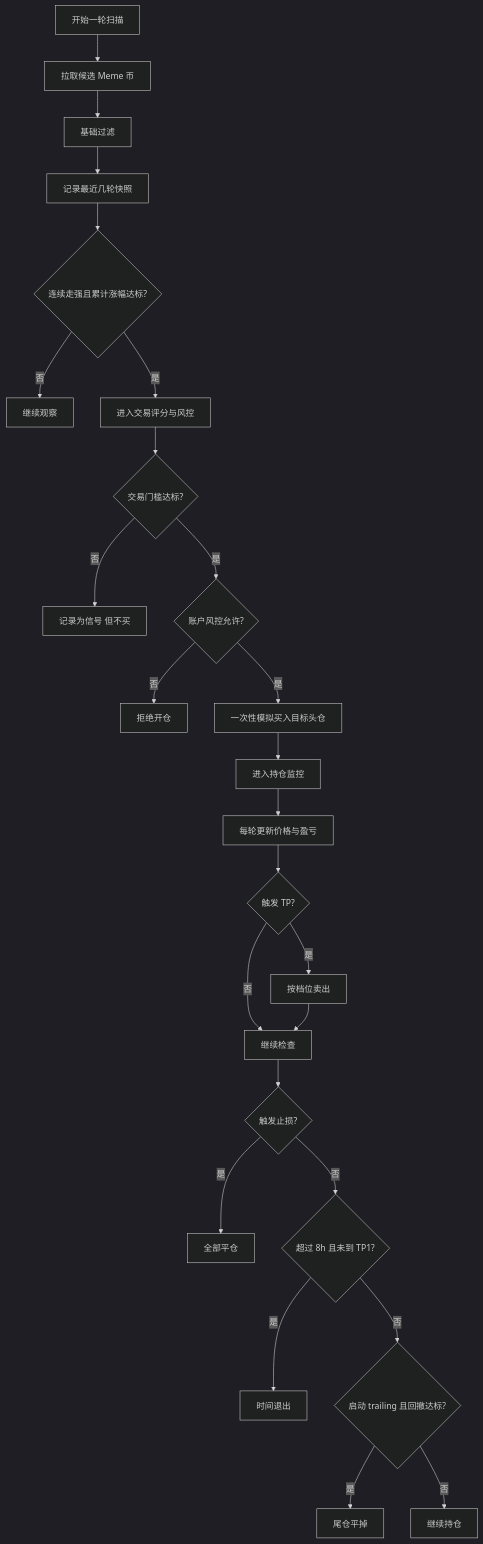
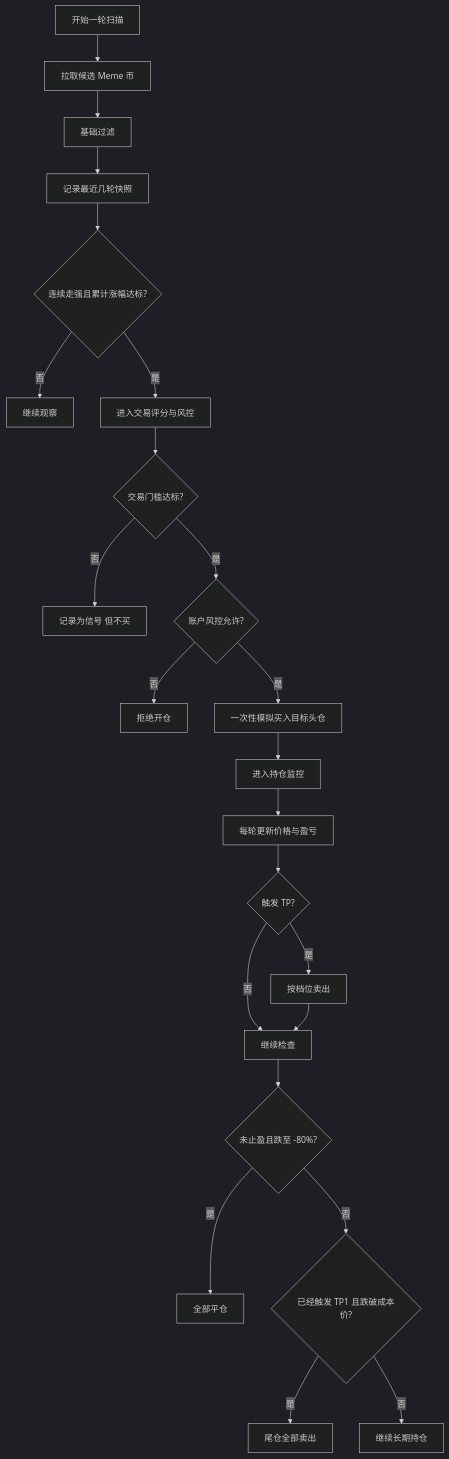
One commit to 0xSnickers/sol-meme-autoswap changed the diagram in docs/策略简略说明.md. Above: the diagram before and after it, drawn with Mermaid (dark theme). The commit also changed other lines of this file and 42 other files, not shown here.

````diff
--- a/docs/策略简略说明.md
+++ b/docs/策略简略说明.md
@@ -320,32 +314,30 @@
 ```mermaid
 flowchart TD
     A[开始一轮扫描] --> B[拉取候选 Meme 币]
     B --> C[基础过滤]
     C --> D[记录最近几轮快照]
     D --> E{连续走强且累计涨幅达标?}
 
     E -- 否 --> E1[继续观察]
     E -- 是 --> F[进入交易评分与风控]
 
     F --> G{交易门槛达标?}
     G -- 否 --> G1[记录为信号 但不买]
     G -- 是 --> H{账户风控允许?}
 
     H -- 否 --> H1[拒绝开仓]
     H -- 是 --> I[一次性模拟买入目标头仓]
 
     I --> J[进入持仓监控]
     J --> K[每轮更新价格与盈亏]
     K --> L{触发 TP?}
     L -- 是 --> L1[按档位卖出]
     L -- 否 --> M[继续检查]
     L1 --> M
 
-    M --> N{触发止损?}
+    M --> N{未止盈且跌至 -80%?}
     N -- 是 --> N1[全部平仓]
-    N -- 否 --> O{超过 8h 且未到 TP1?}
-    O -- 是 --> O1[时间退出]
-    O -- 否 --> P{启动 trailing 且回撤达标?}
-    P -- 是 --> P1[尾仓平掉]
-    P -- 否 --> Q[继续持仓]
+    N -- 否 --> O{已经触发 TP1 且跌破成本价?}
+    O -- 是 --> O1[尾仓全部卖出]
+    O -- 否 --> Q[继续长期持仓]
 ```
````
